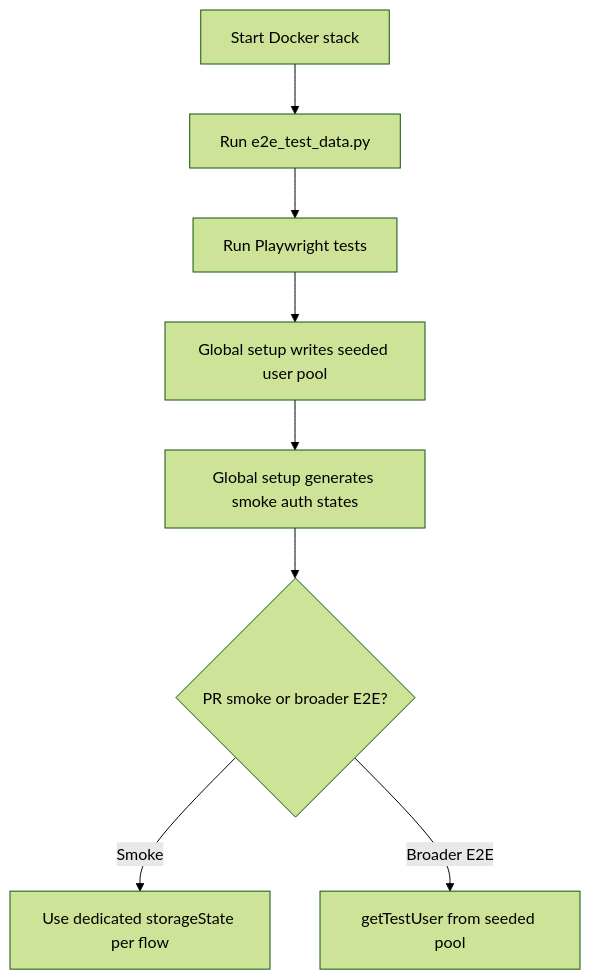
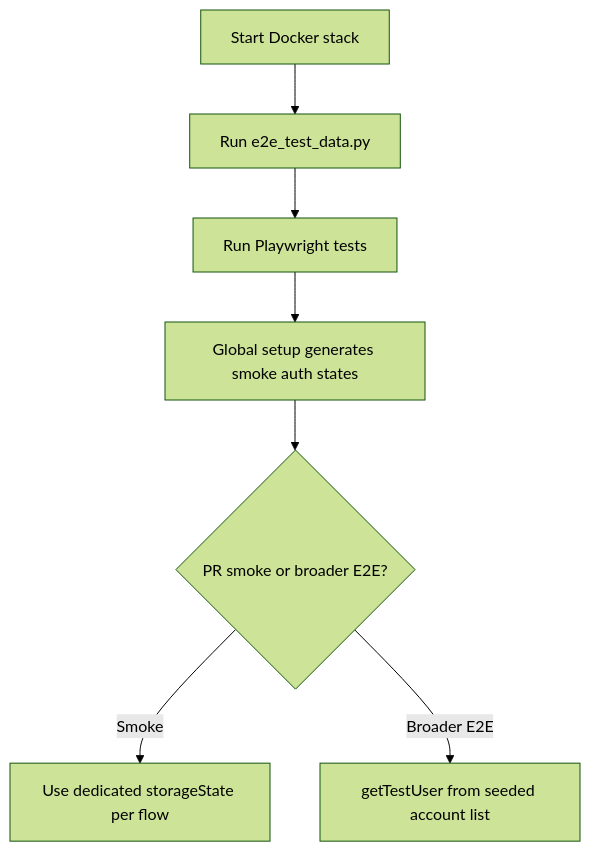
Before and after one commit to Significant-Gravitas/AutoGPT: the diagram in autogpt_platform/frontend/TESTING.md, drawn with Mermaid (forest theme). The commit also changed other lines of this file and 3 other files, not shown here.

Commit message:
Remove redundant Playwright seeded user pool setup

````diff
--- a/autogpt_platform/frontend/TESTING.md
+++ b/autogpt_platform/frontend/TESTING.md
@@ -44,10 +43,9 @@
 ```mermaid
 flowchart TD
   A[Start Docker stack] --> B[Run e2e_test_data.py]
   B --> C[Run Playwright tests]
-  C --> D[Global setup writes seeded user pool]
-  D --> E[Global setup generates smoke auth states]
-  E --> F{PR smoke or broader E2E?}
-  F -->|Smoke| G[Use dedicated storageState per flow]
-  F -->|Broader E2E| H[getTestUser from seeded pool]
+  C --> D[Global setup generates smoke auth states]
+  D --> E{PR smoke or broader E2E?}
+  E -->|Smoke| F[Use dedicated storageState per flow]
+  E -->|Broader E2E| G[getTestUser from seeded account list]
 ```
````
